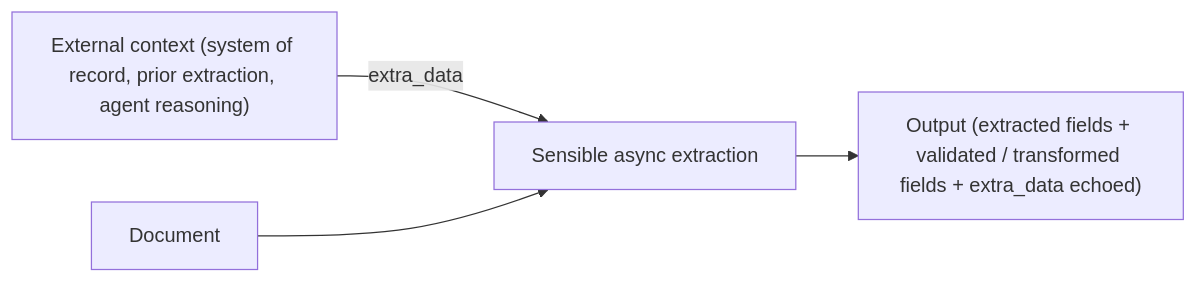
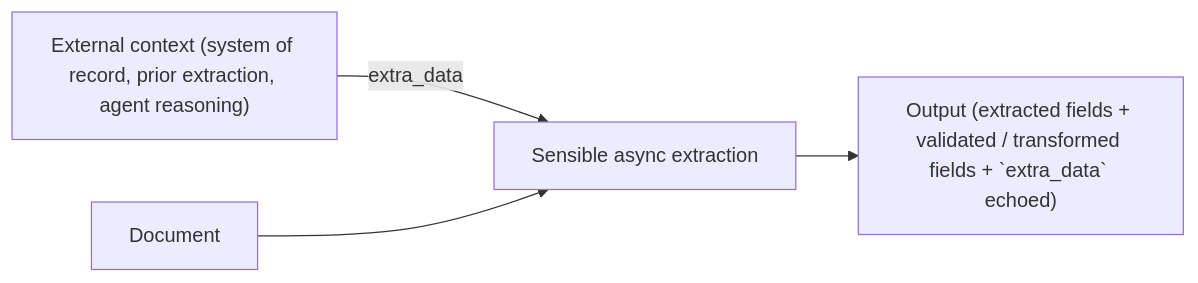
One commit to sensible-hq/sensible-docs changed the diagram in docs/Senseml reference/advanced-computed-field-methods/extra-data.md. Above: the diagram before and after it, drawn with Mermaid.

Commit message:
Update doc `extra-data`

````diff
--- a/docs/Senseml reference/advanced-computed-field-methods/extra-data.md
+++ b/docs/Senseml reference/advanced-computed-field-methods/extra-data.md
@@ -25,6 +25,6 @@
 ```mermaid
 flowchart LR
     A["External context (system of record, prior extraction, agent reasoning)"] -->|"extra_data"| C["Sensible async extraction"]
     B["Document"] --> C
-    C --> D["Output (extracted fields + validated / transformed fields + extra_data echoed)"]
+    C --> D["Output (extracted fields + validated / transformed fields + `extra_data` echoed)"]
 ```
````
